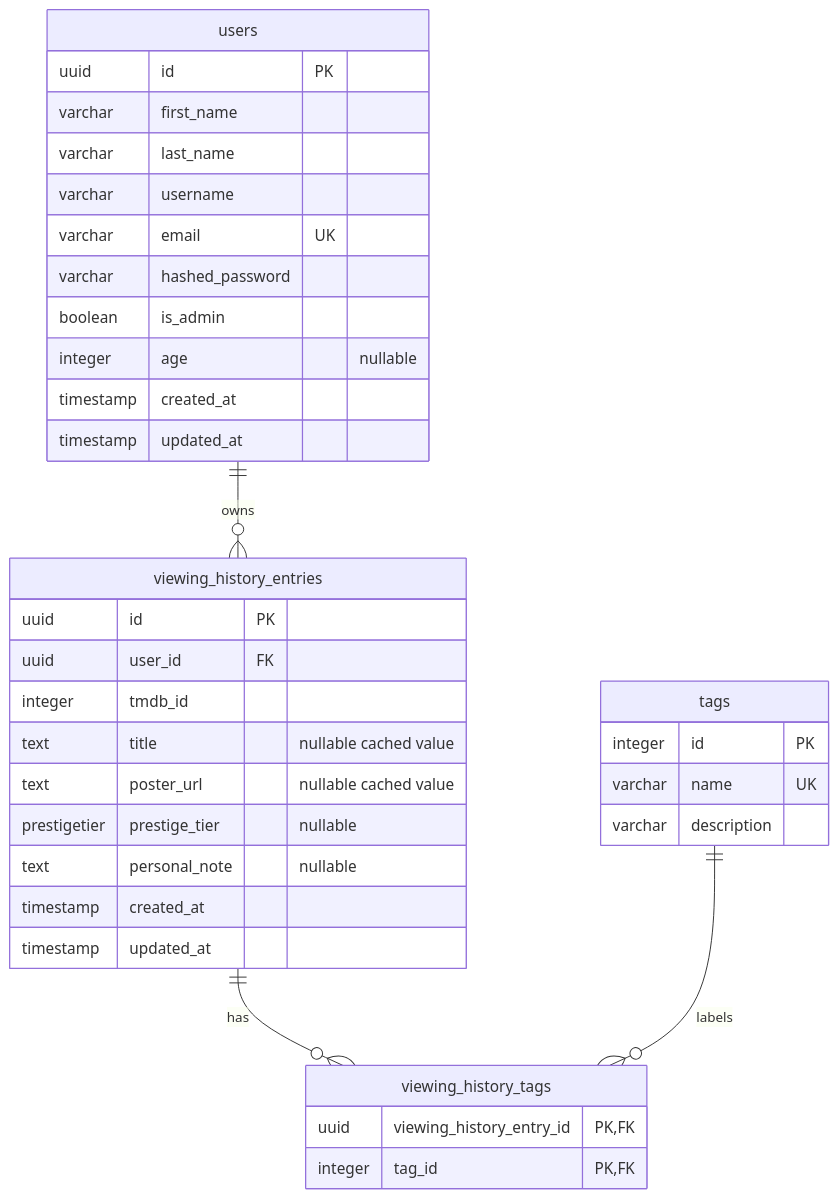
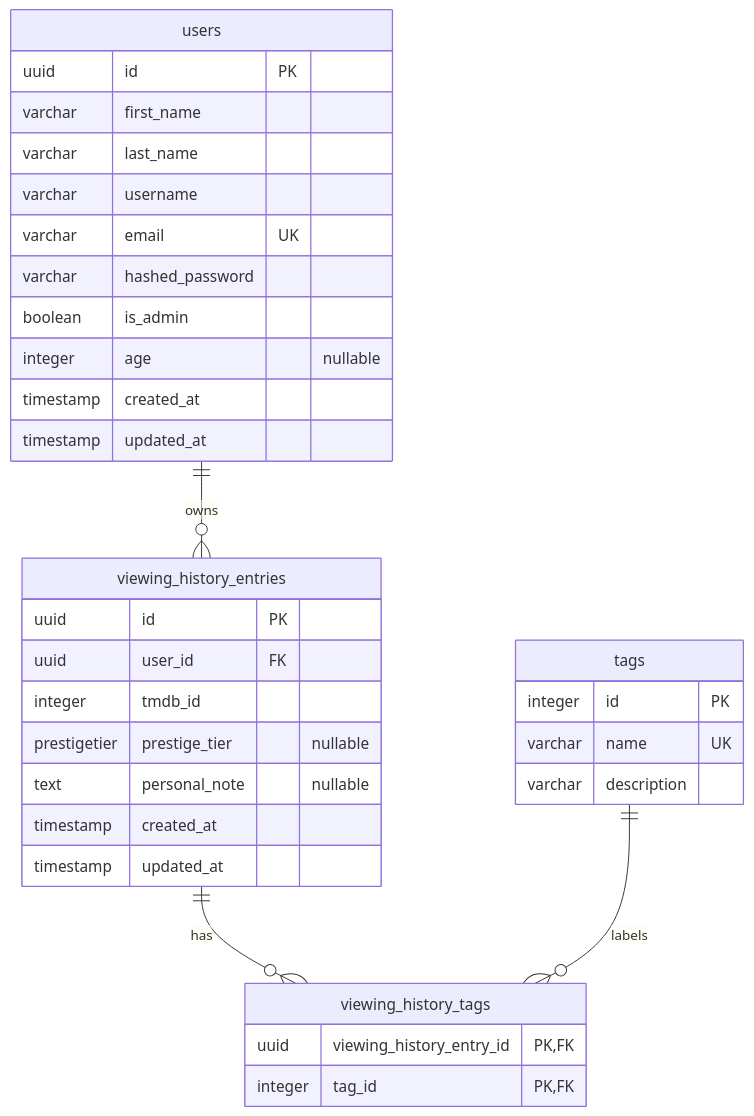
Before and after one commit to zahin-dev/Film-like: the diagram in docs/diagrams/ERDiagram.md, drawn with Mermaid. The commit also changed other lines of this file and 42 other files, not shown here.

````diff
--- a/docs/diagrams/ERDiagram.md
+++ b/docs/diagrams/ERDiagram.md
@@ -9,42 +7,40 @@
 ```mermaid
 erDiagram
     users {
         uuid id PK
         varchar first_name
         varchar last_name
         varchar username
         varchar email UK
         varchar hashed_password
         boolean is_admin
         integer age "nullable"
         timestamp created_at
         timestamp updated_at
     }
 
     viewing_history_entries {
         uuid id PK
         uuid user_id FK
         integer tmdb_id
-        text title "nullable cached value"
-        text poster_url "nullable cached value"
         prestigetier prestige_tier "nullable"
         text personal_note "nullable"
         timestamp created_at
         timestamp updated_at
     }
 
     tags {
         integer id PK
         varchar name UK
         varchar description
     }
 
     viewing_history_tags {
         uuid viewing_history_entry_id PK,FK
         integer tag_id PK,FK
     }
 
     users ||--o{ viewing_history_entries : owns
     viewing_history_entries ||--o{ viewing_history_tags : has
     tags ||--o{ viewing_history_tags : labels
 ```
````
